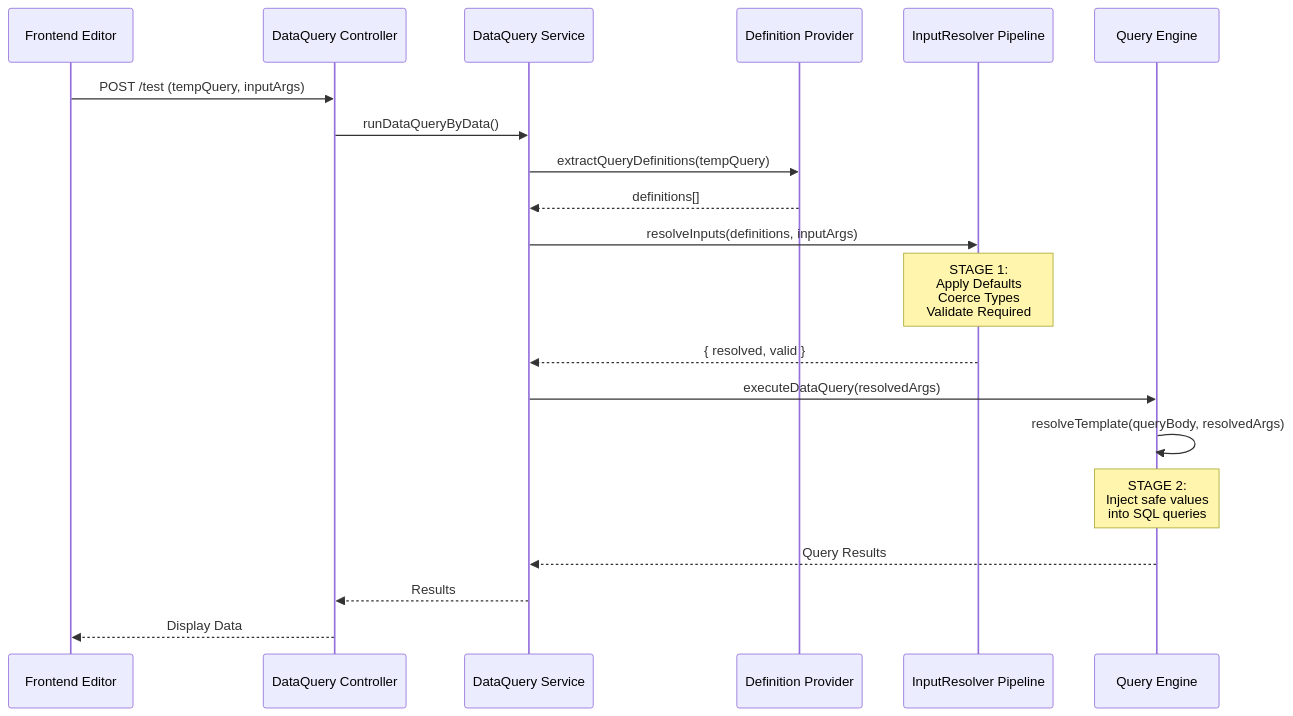
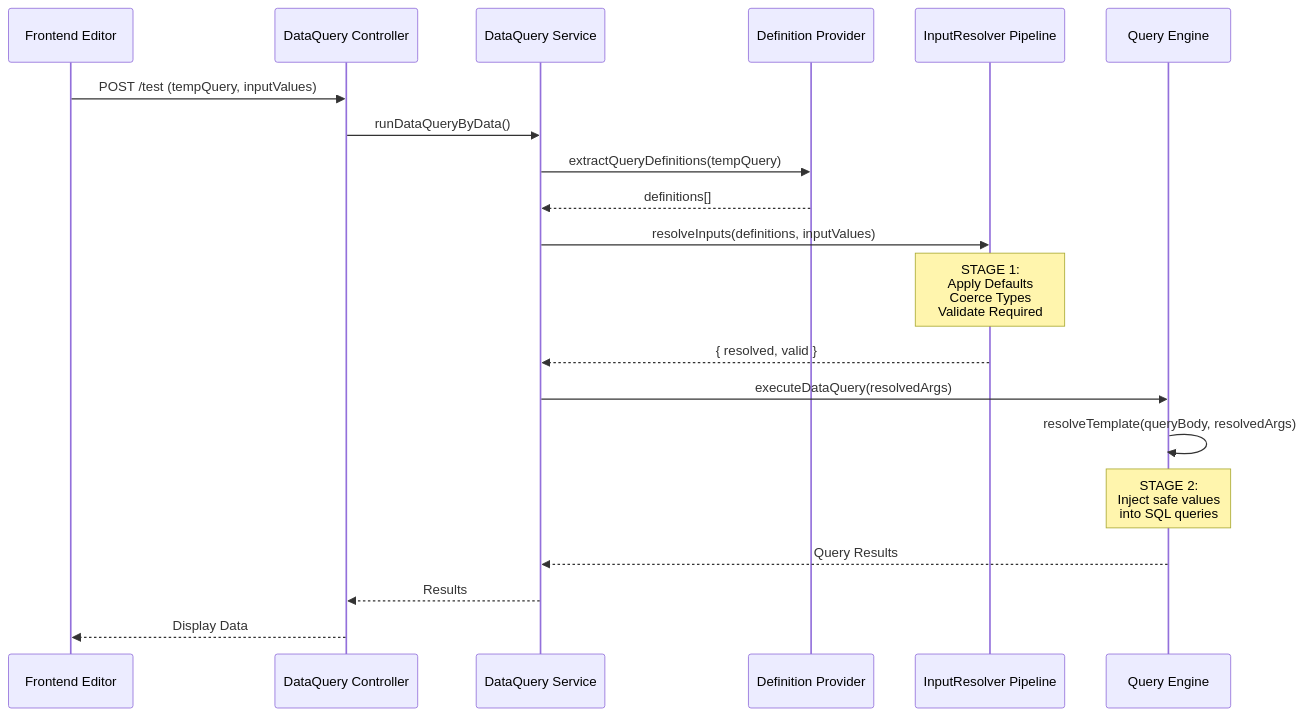
Before and after one commit to Jet-labs/jet-admin: the second of 5 diagrams in docs/docs/concepts/input-lifecycle.md, drawn with Mermaid. The commit also changed other lines of this file and 135 other files, not shown here.

````diff
--- a/docs/docs/concepts/input-lifecycle.md
+++ b/docs/docs/concepts/input-lifecycle.md
@@ -157,23 +157,23 @@
 ```mermaid
 sequenceDiagram
     participant UI as Frontend Editor
     participant API as DataQuery Controller
     participant Svc as DataQuery Service
     participant Def as Definition Provider
     participant Pipe as InputResolver Pipeline
     participant Eng as Query Engine
 
-    UI->>API: POST /test (tempQuery, inputArgs)
+    UI->>API: POST /test (tempQuery, inputValues)
     API->>Svc: runDataQueryByData()
     Svc->>Def: extractQueryDefinitions(tempQuery)
     Def-->>Svc: definitions[]
-    Svc->>Pipe: resolveInputs(definitions, inputArgs)
+    Svc->>Pipe: resolveInputs(definitions, inputValues)
     Note over Pipe: STAGE 1:<br/>Apply Defaults<br/>Coerce Types<br/>Validate Required
     Pipe-->>Svc: { resolved, valid }
     Svc->>Eng: executeDataQuery(resolvedArgs)
     Eng->>Eng: resolveTemplate(queryBody, resolvedArgs)
     Note over Eng: STAGE 2:<br/>Inject safe values<br/>into SQL queries
     Eng-->>Svc: Query Results
     Svc-->>API: Results
     API-->>UI: Display Data
 ```
````
